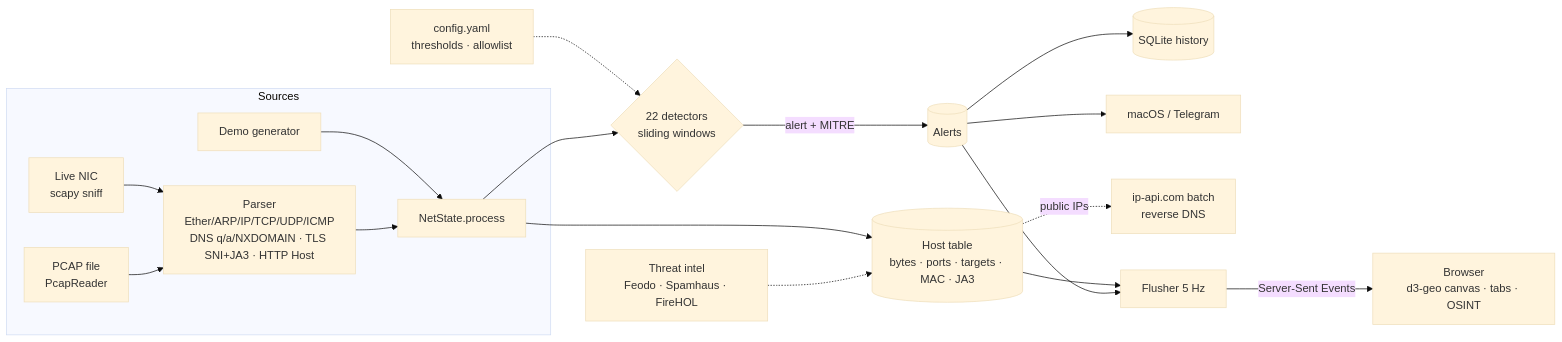
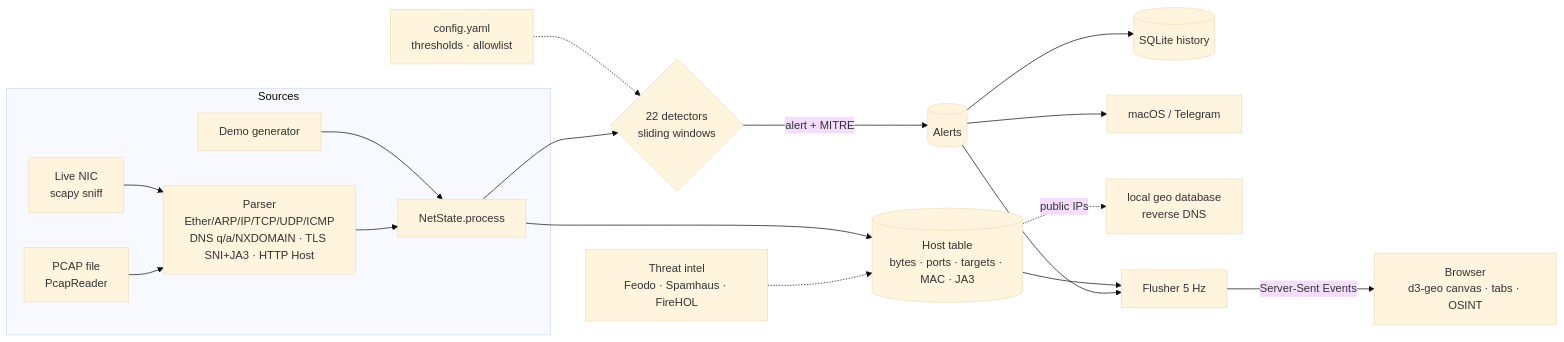
The diagram in README.md (Gyuri1999/netwatch), drawn with Mermaid (base theme) before and after one commit. The commit also changed other lines of this file and 16 other files, not shown here.

````diff
--- a/README.md
+++ b/README.md
@@ -183,18 +183,18 @@
 ```mermaid
 flowchart LR
   subgraph Sources
     A[Live NIC<br/>scapy sniff] --> P
     B[PCAP file<br/>PcapReader] --> P
     C[Demo generator] --> N
   end
   P[Parser<br/>Ether/ARP/IP/TCP/UDP/ICMP<br/>DNS q/a/NXDOMAIN · TLS SNI+JA3 · HTTP Host] --> N
   CFG[config.yaml<br/>thresholds · allowlist] -.-> D
   N[NetState.process] --> H[(Host table<br/>bytes · ports · targets · MAC · JA3)]
   N --> D{22 detectors<br/>sliding windows}
   TI[Threat intel<br/>Feodo · Spamhaus · FireHOL] -.-> H
   D -->|alert + MITRE| AL[(Alerts)]
   AL --> DB[(SQLite history)]
   AL --> NT[macOS / Telegram]
-  H -. public IPs .-> G[ip-api.com batch<br/>reverse DNS]
+  H -. public IPs .-> G[local geo database<br/>reverse DNS]
   H & AL --> F[Flusher 5 Hz] -->|Server-Sent Events| UI[Browser<br/>d3-geo canvas · tabs · OSINT]
 ```
````
